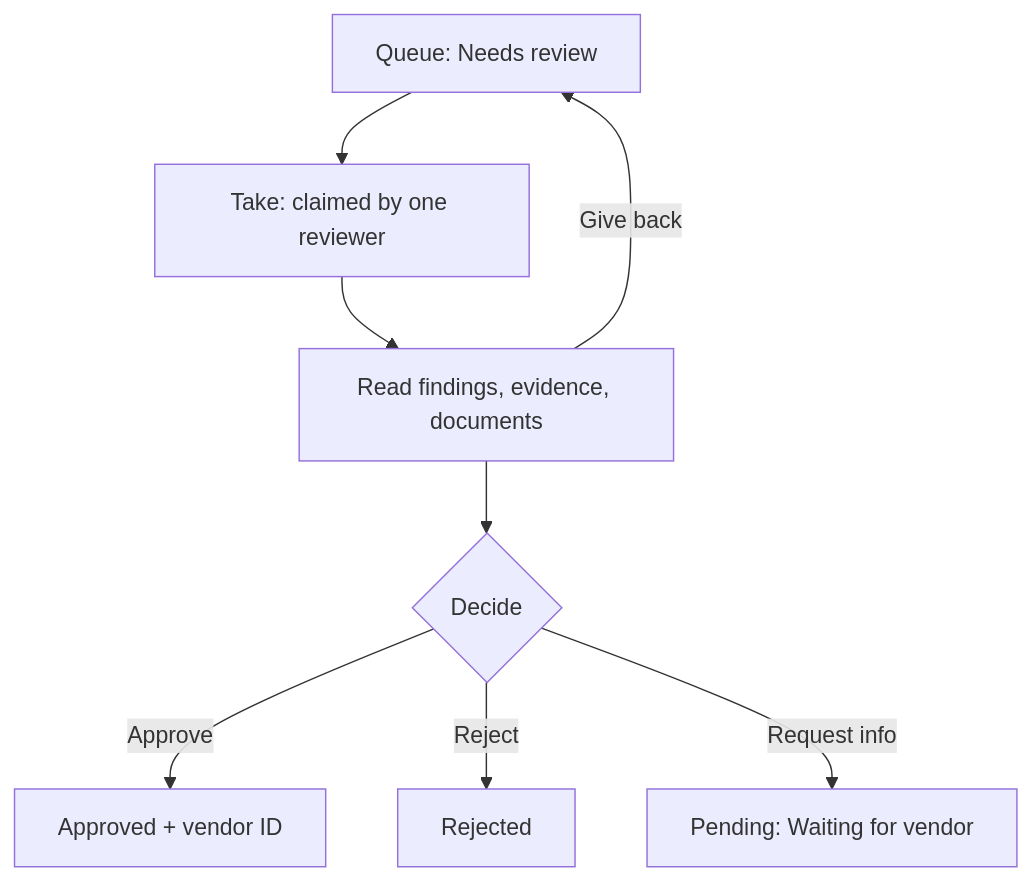
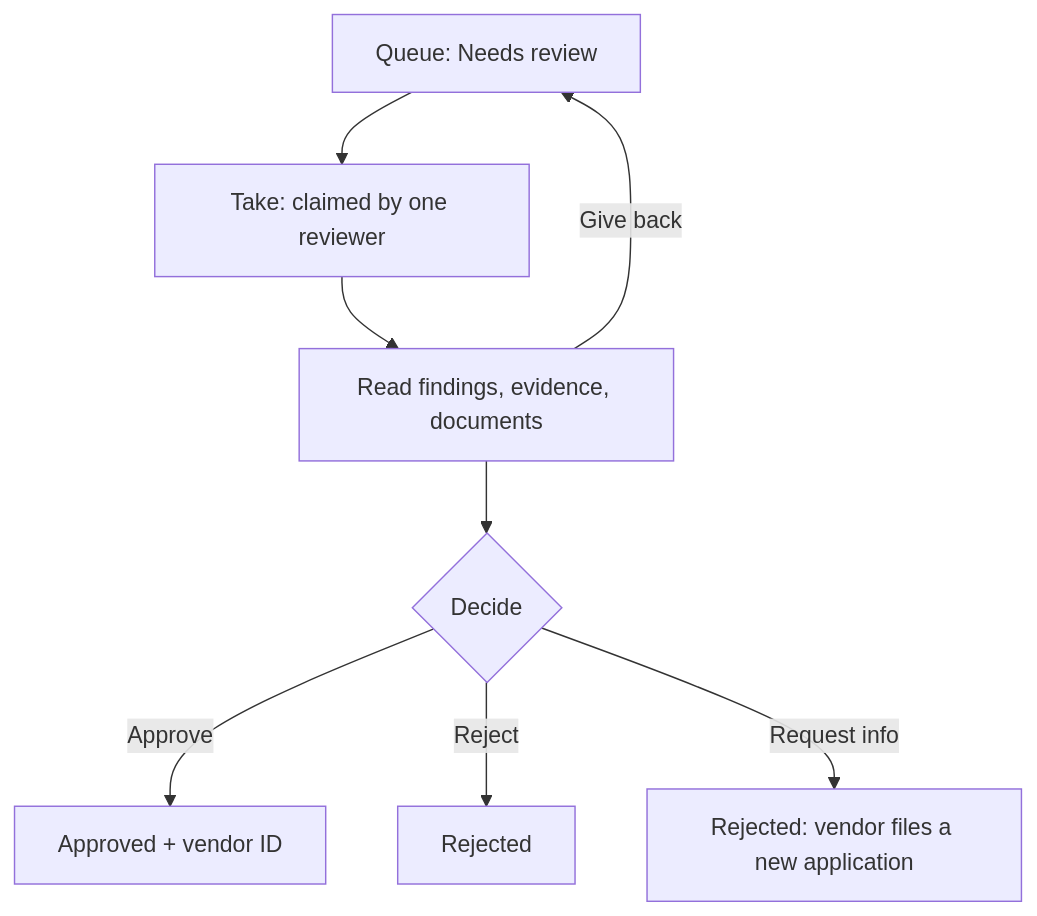
The fourth of 5 diagrams in docs/WORKFLOW.md (ShubhamK0802/vendor-onboarding-flask), drawn with Mermaid before and after one commit. The commit also changed other lines of this file and 19 other files, not shown here.

First line of the commit message:
One Rejected status: remove the waiting-for-vendor state, timers and reminder mails

````diff
--- a/docs/WORKFLOW.md
+++ b/docs/WORKFLOW.md
@@ -63,10 +59,10 @@
 ```mermaid
 flowchart TD
     Q[Queue: Needs review] --> T[Take: claimed by one reviewer]
     T --> V[Read findings, evidence, documents]
     V --> X{Decide}
     X -->|Approve| AP[Approved + vendor ID]
     X -->|Reject| RJ[Rejected]
-    X -->|Request info| RI[Pending: Waiting for vendor]
+    X -->|Request info| RI[Rejected: vendor files a new application]
     V -->|Give back| Q
 ```
````
